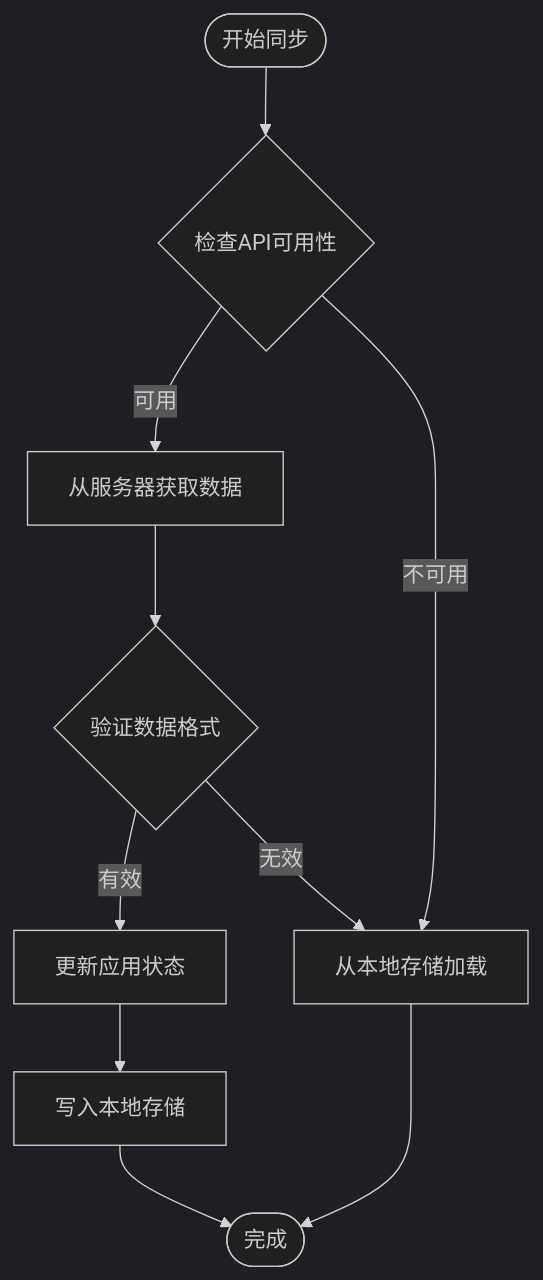
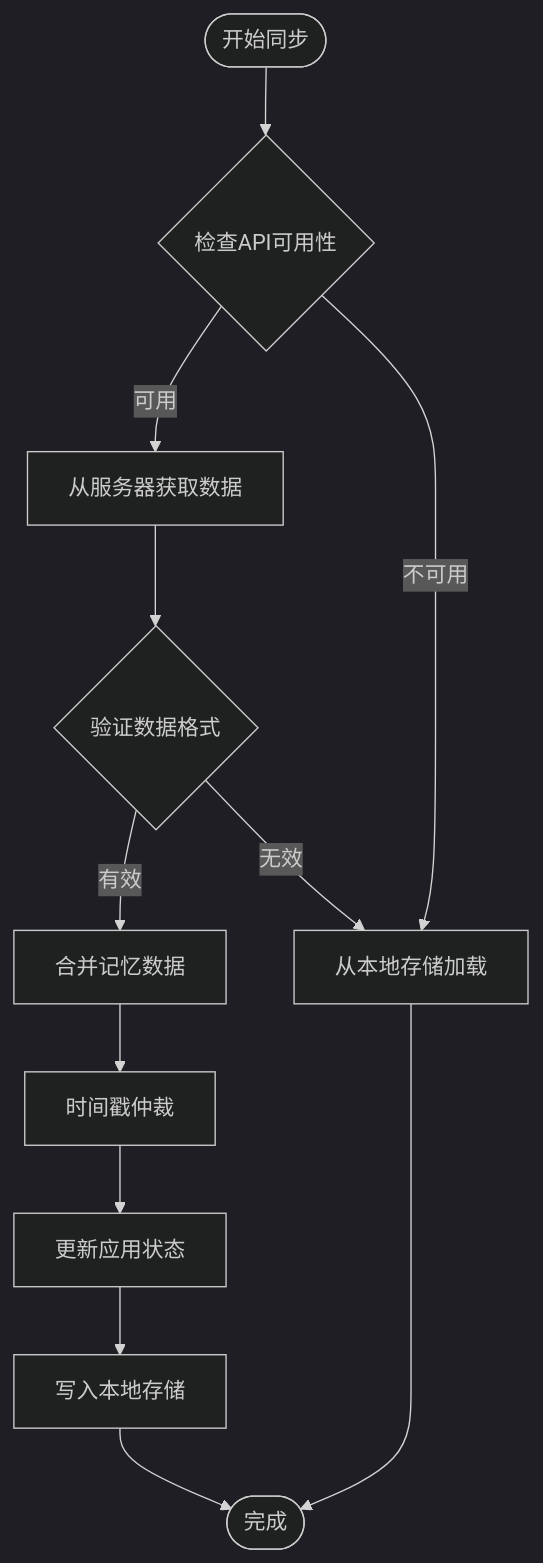
One commit to xixixiaoyu/Todo changed the eighth of 11 diagrams in .qoder/repowiki/zh/content/核心模块/AI助手系统/AI数据同步系统.md. Above: the diagram before and after it, drawn with Mermaid (dark theme). The commit also changed other lines of this file and 5 other files, not shown here.

````diff
--- a/.qoder/repowiki/zh/content/核心模块/AI助手系统/AI数据同步系统.md
+++ b/.qoder/repowiki/zh/content/核心模块/AI助手系统/AI数据同步系统.md
@@ -252,12 +395,14 @@
 ```mermaid
 flowchart TD
 Start([开始同步]) --> CheckAPI{检查API可用性}
 CheckAPI --> |可用| FetchServer[从服务器获取数据]
 CheckAPI --> |不可用| LoadLocal[从本地存储加载]
 FetchServer --> ValidateData{验证数据格式}
-ValidateData --> |有效| UpdateState[更新应用状态]
+ValidateData --> |有效| MergeMemories[合并记忆数据]
 ValidateData --> |无效| LoadLocal
+MergeMemories --> TimestampArbitration[时间戳仲裁]
+TimestampArbitration --> UpdateState[更新应用状态]
 UpdateState --> WriteLocal[写入本地存储]
 WriteLocal --> End([完成])
 LoadLocal --> End
 ```
````
